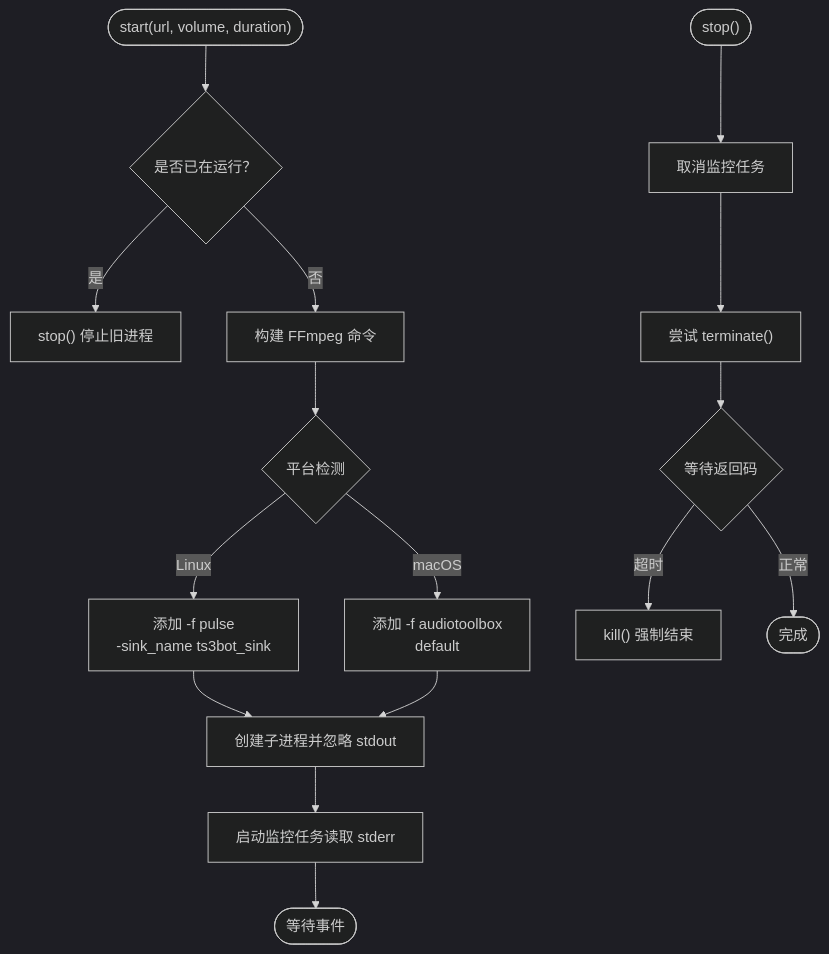
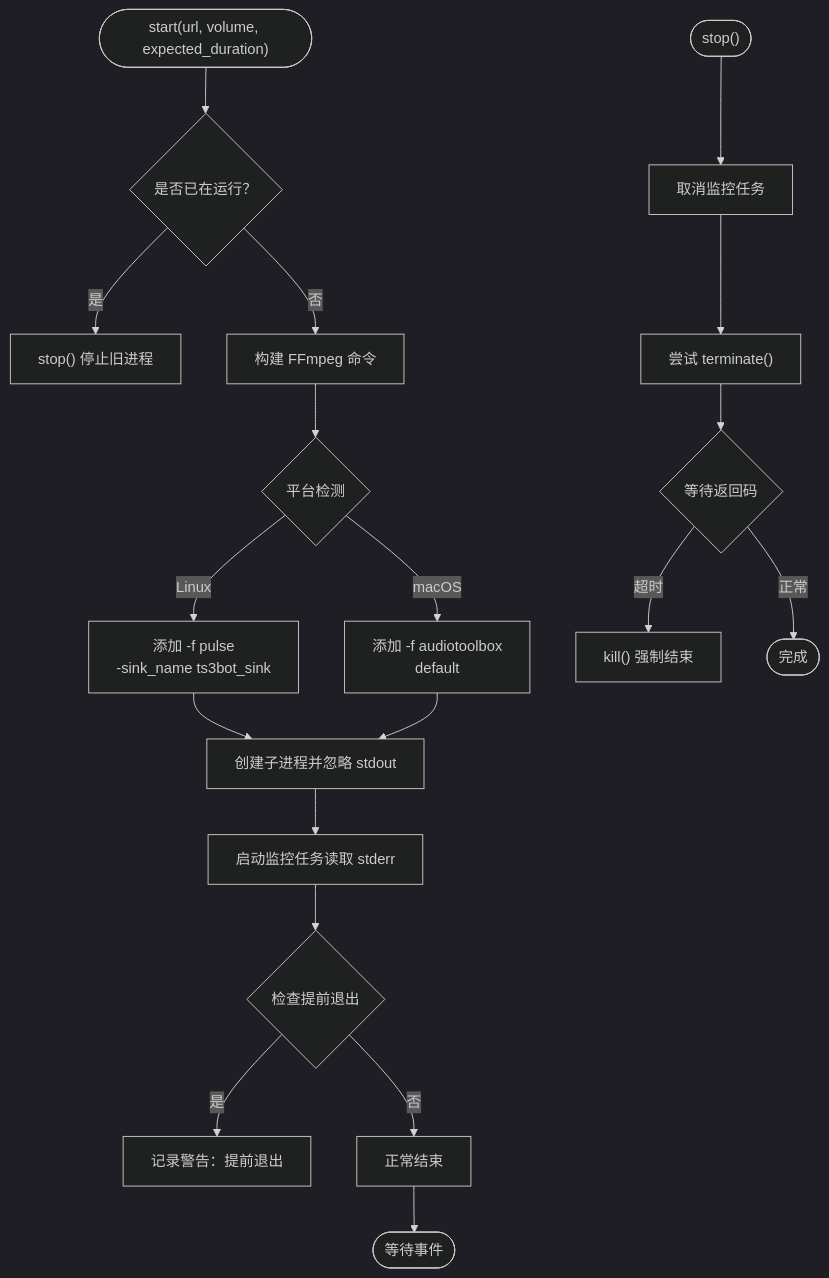
One commit to GhoulOwl/Teamspeak3_Bot changed the fourth of 9 diagrams in .qoder/repowiki/zh/content/音乐播放系统/音频控制器.md. Above: the diagram before and after it, drawn with Mermaid (dark theme). The commit also changed other lines of this file and 7 other files, not shown here.

````diff
--- a/.qoder/repowiki/zh/content/音乐播放系统/音频控制器.md
+++ b/.qoder/repowiki/zh/content/音乐播放系统/音频控制器.md
@@ -228,18 +219,21 @@
 ```mermaid
 flowchart TD
-Start(["start(url, volume, duration)"]) --> CheckRunning{"是否已在运行？"}
+Start(["start(url, volume, expected_duration)"]) --> CheckRunning{"是否已在运行？"}
 CheckRunning --> |是| StopPrev["stop() 停止旧进程"]
 CheckRunning --> |否| BuildCmd["构建 FFmpeg 命令"]
 BuildCmd --> Platform{"平台检测"}
 Platform --> |Linux| LinuxCmd["添加 -f pulse<br/>-sink_name ts3bot_sink"]
 Platform --> |macOS| MacCmd["添加 -f audiotoolbox<br/>default"]
 LinuxCmd --> Spawn["创建子进程并忽略 stdout"]
 MacCmd --> Spawn
 Spawn --> Monitor["启动监控任务读取 stderr"]
-Monitor --> End(["等待事件"])
+Monitor --> CheckPremature{"检查提前退出"}
+CheckPremature --> |是| LogWarning["记录警告：提前退出"]
+CheckPremature --> |否| NormalEnd["正常结束"]
+NormalEnd --> End(["等待事件"])
 Stop(["stop()"]) --> CancelTask["取消监控任务"]
 CancelTask --> Terminate["尝试 terminate()"]
 Terminate --> Wait{"等待返回码"}
 Wait --> |超时| Kill["kill() 强制结束"]
 Wait --> |正常| Done(["完成"])
 ```
````
